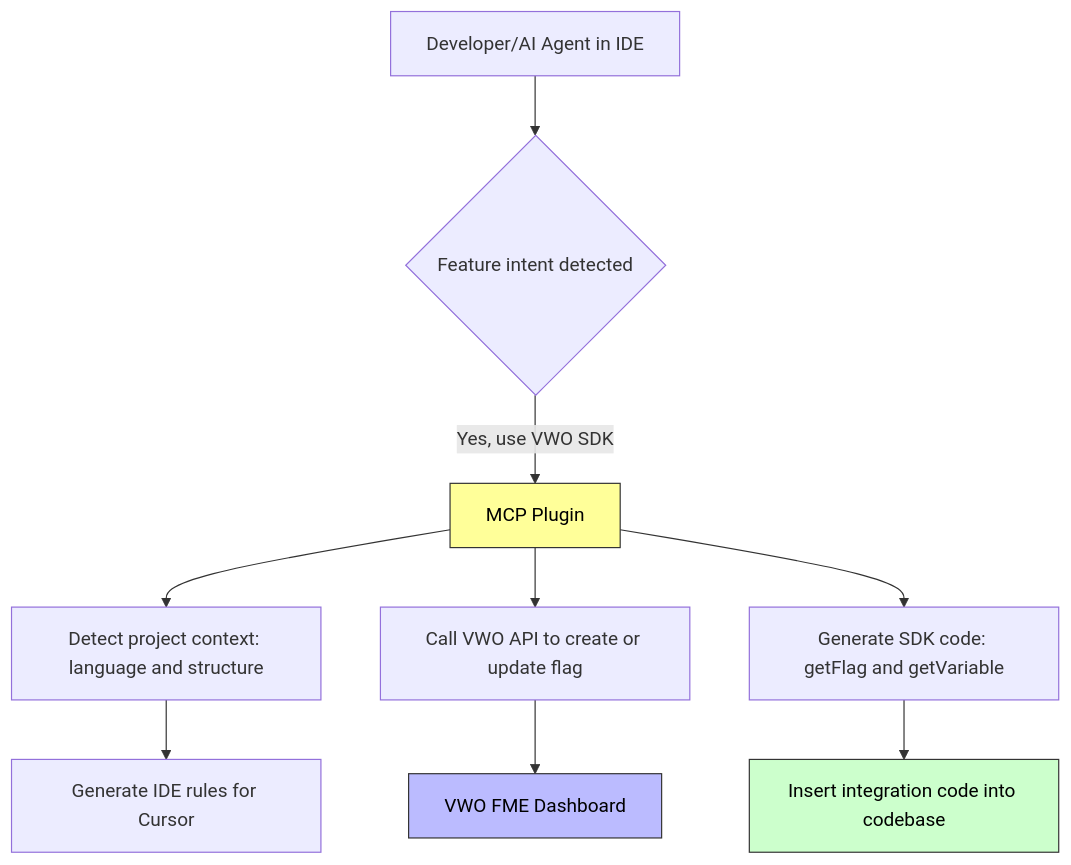
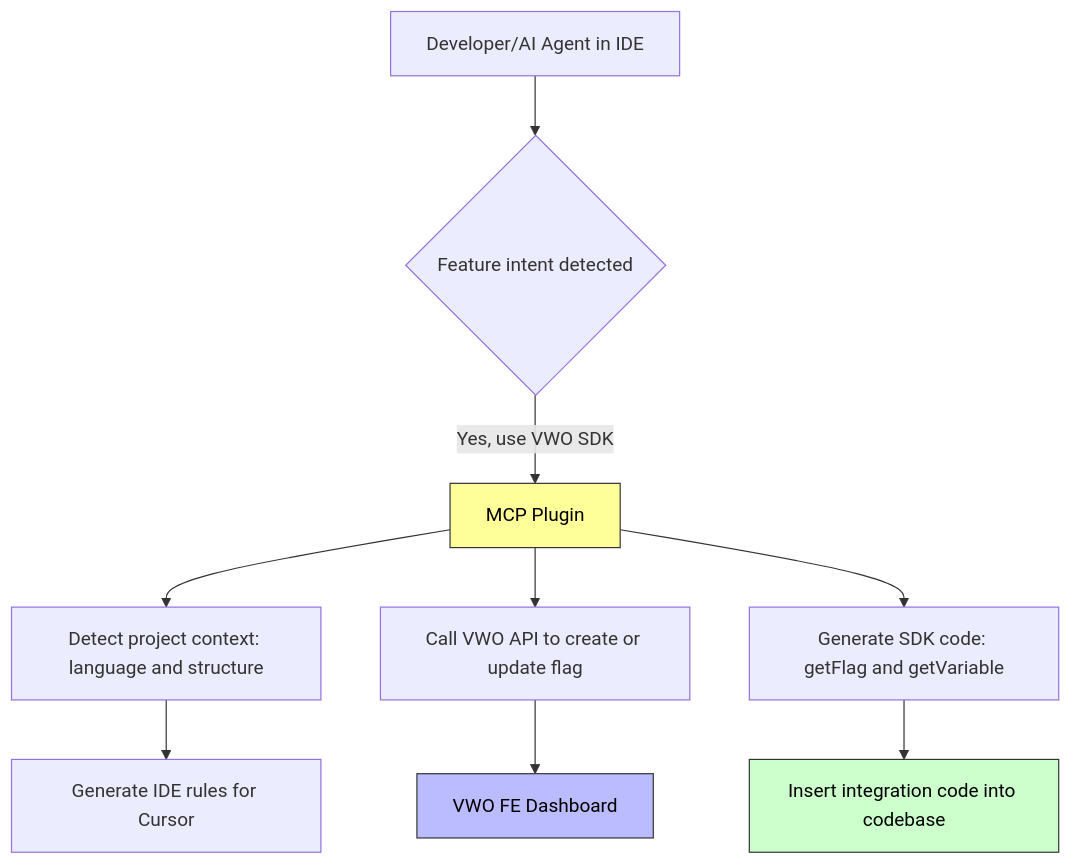
Before and after one commit to wingify/readme-central: the diagram in docs/Integrations/fme-ai-integrations/fme-mcp-server.md, drawn with Mermaid. The commit also changed other lines of this file and 163 other files, not shown here.

````diff
--- a/docs/Integrations/fme-ai-integrations/fme-mcp-server.md
+++ b/docs/Integrations/fme-ai-integrations/fme-mcp-server.md
@@ -202,26 +202,26 @@
 ```mermaid
 graph TD
     A[Developer/AI Agent in IDE] --> B{Feature intent detected}
     B -->|Yes, use VWO SDK| C[MCP Plugin]
-    
+
     C --> D[Detect project context: language and structure]
     D --> E[Generate IDE rules for Cursor]
 
     C --> F[Call VWO API to create or update flag]
-    F --> G[VWO FME Dashboard]
+    F --> G[VWO FE Dashboard]
 
     C --> H[Generate SDK code: getFlag and getVariable]
     H --> I[Insert integration code into codebase]
-    
+
     %% Assign classes
 
     class C project
     class G dashboard
     class I code
 
     %% Define styles
     classDef project fill:#ff9,stroke:#333,stroke-width:1px,color:#000
     classDef dashboard fill:#bbf,stroke:#333,stroke-width:1px,color:#000
     classDef code fill:#cfc,stroke:#333,stroke-width:1px,color:#000
 
 ```
````
